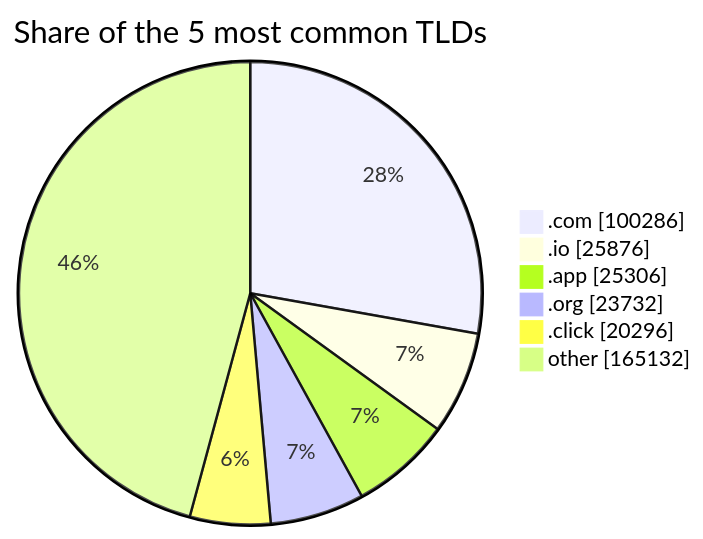
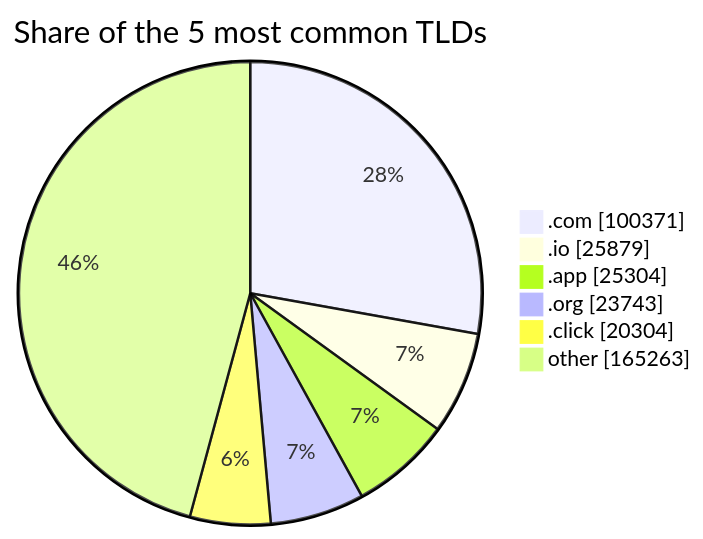
Before and after one commit to DNSBunker/CTI: the third of 3 diagrams in README.md, drawn with Mermaid. The commit also changed other lines of this file and 3 other files, not shown here.

````diff
--- a/README.md
+++ b/README.md
@@ -81,9 +81,9 @@
 ```mermaid
 pie showData title Share of the 5 most common TLDs
-    ".com" : 100286
-    ".io" : 25876
-    ".app" : 25306
-    ".org" : 23732
-    ".click" : 20296
-    "other" : 165132
+    ".com" : 100371
+    ".io" : 25879
+    ".app" : 25304
+    ".org" : 23743
+    ".click" : 20304
+    "other" : 165263
 ```
````
